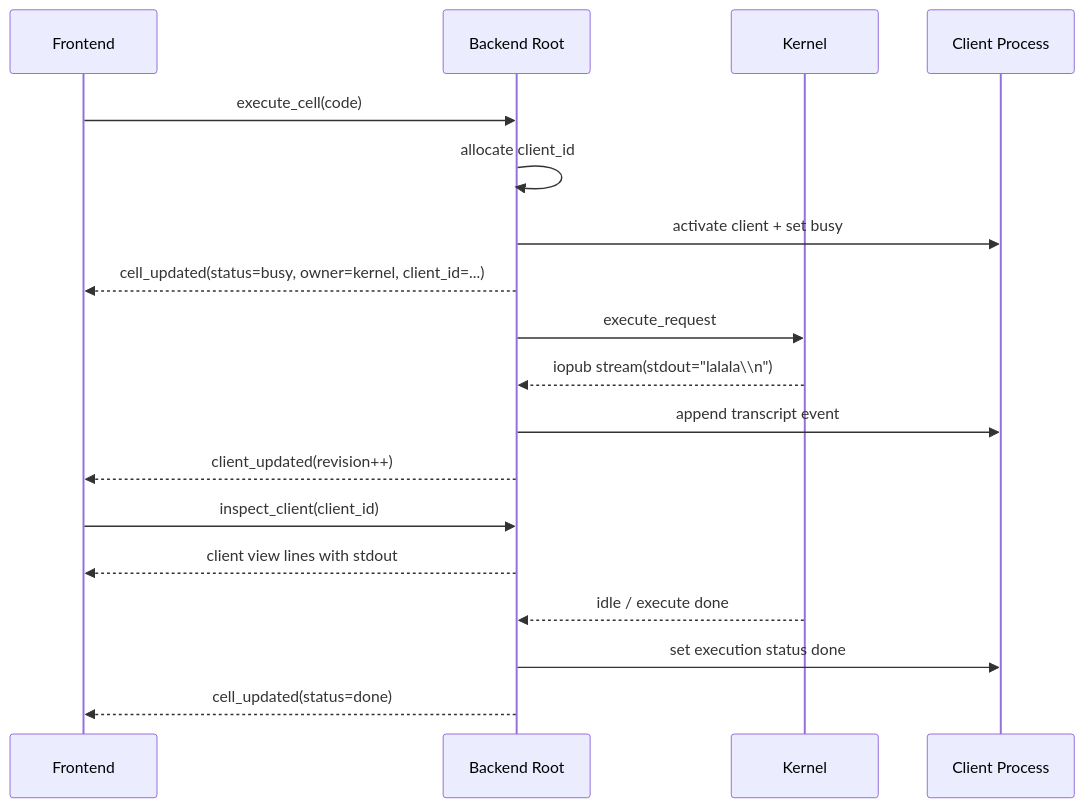
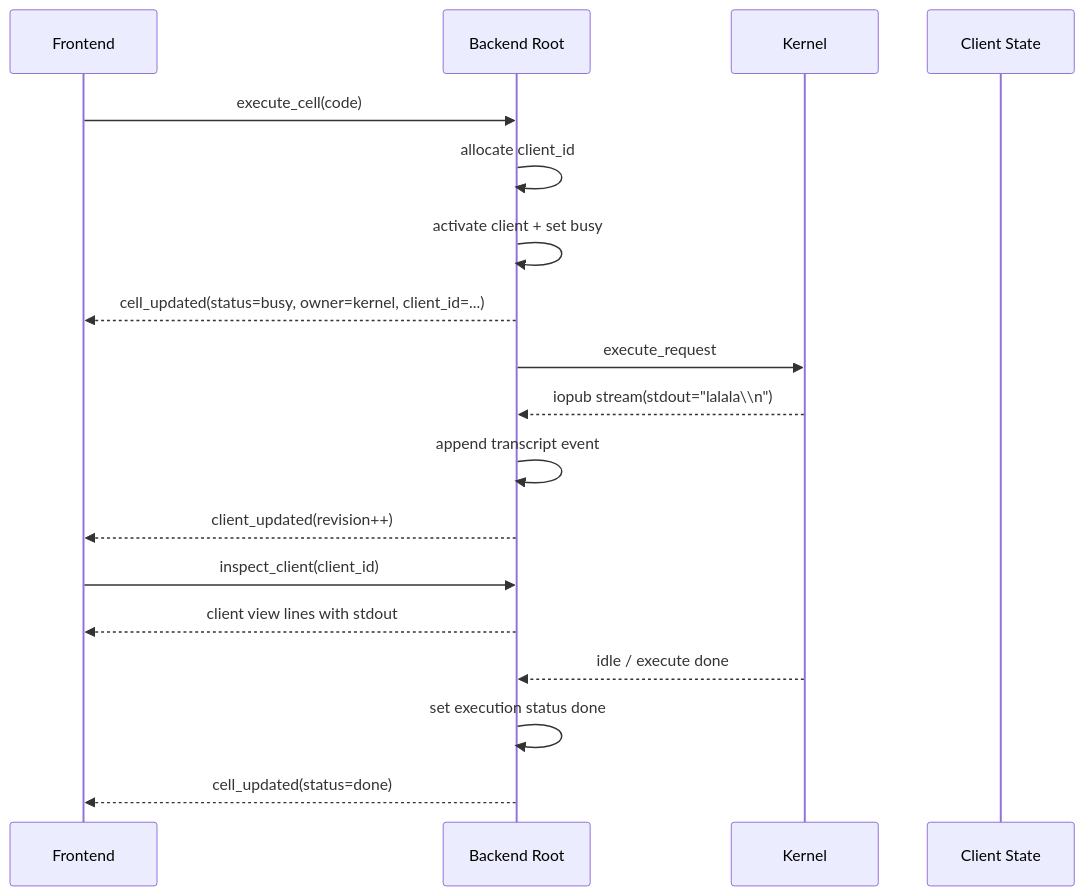
Before and after one commit to notawhaleble/jusi: the fourth of 6 diagrams in docs/backend-map.md, drawn with Mermaid. The commit also changed other lines of this file and 9 other files, not shown here.

````diff
--- a/docs/backend-map.md
+++ b/docs/backend-map.md
@@ -374,21 +371,21 @@
 ```mermaid
 sequenceDiagram
     participant F as Frontend
     participant B as Backend Root
     participant K as Kernel
-    participant C as Client Process
+    participant C as Client State
 
     F->>B: execute_cell(code)
     B->>B: allocate client_id
-    B->>C: activate client + set busy
+    B->>B: activate client + set busy
     B-->>F: cell_updated(status=busy, owner=kernel, client_id=...)
     B->>K: execute_request
     K-->>B: iopub stream(stdout="lalala\\n")
-    B->>C: append transcript event
+    B->>B: append transcript event
     B-->>F: client_updated(revision++)
     F->>B: inspect_client(client_id)
     B-->>F: client view lines with stdout
     K-->>B: idle / execute done
-    B->>C: set execution status done
+    B->>B: set execution status done
     B-->>F: cell_updated(status=done)
 ```
````
